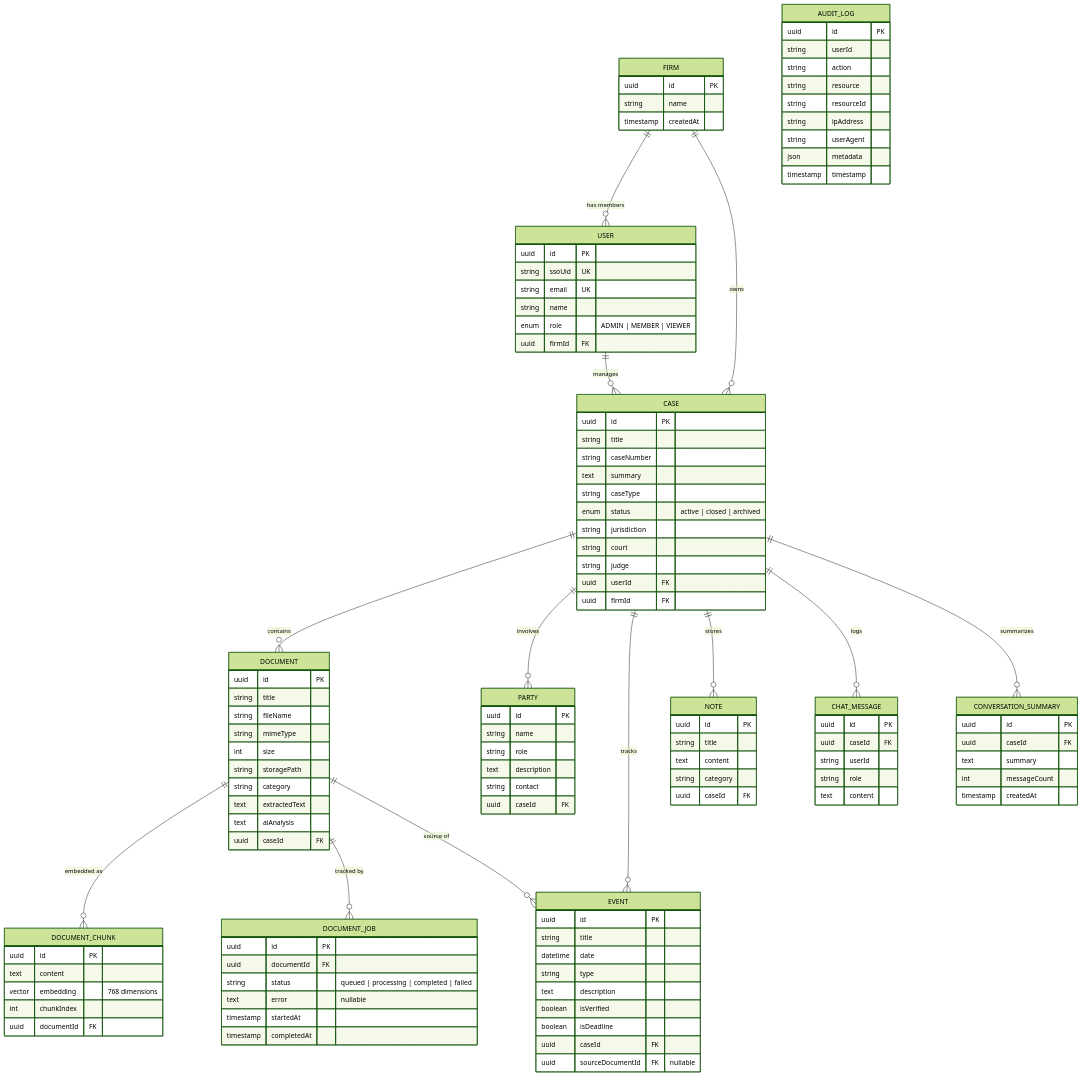
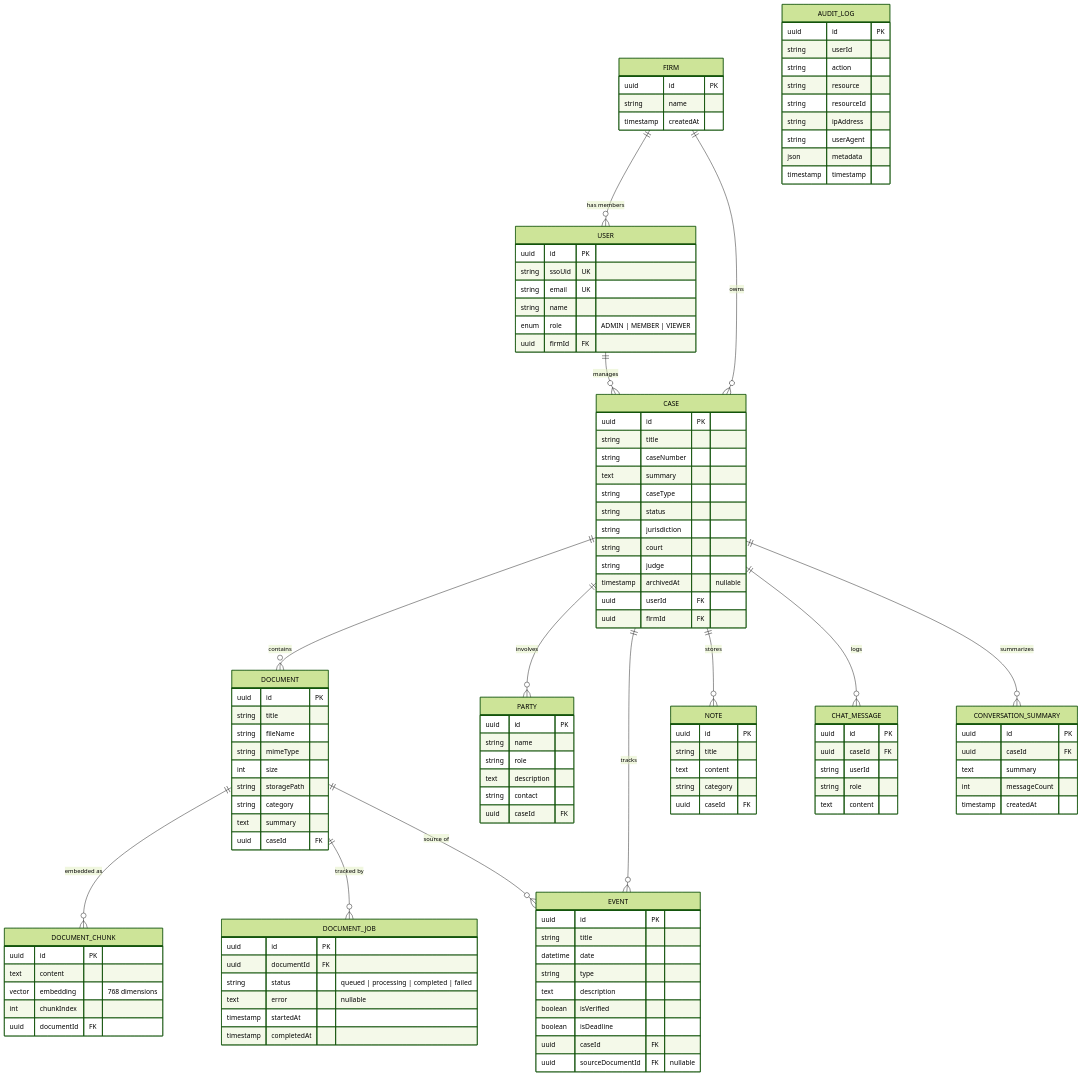
The sixth of 11 diagrams in ARCHITECTURE.md (EolaFam1828/AetherLegalIntelligence), drawn with Mermaid (forest theme) before and after one commit. The commit also changed other lines of this file and 2 other files, not shown here.

First line of the commit message:
Sync docs: 42 endpoints, case archive feature, fix schema diagram

```diff
--- a/ARCHITECTURE.md
+++ b/ARCHITECTURE.md
@@ -252,10 +252,11 @@
         string caseNumber
         text summary
         string caseType
-        enum status "active | closed | archived"
+        string status
         string jurisdiction
         string court
         string judge
+        timestamp archivedAt "nullable"
         uuid userId FK
         uuid firmId FK
     }
@@ -268,8 +269,7 @@
         int size
         string storagePath
         string category
-        text extractedText
-        text aiAnalysis
+        text summary
         uuid caseId FK
     }
 
```
